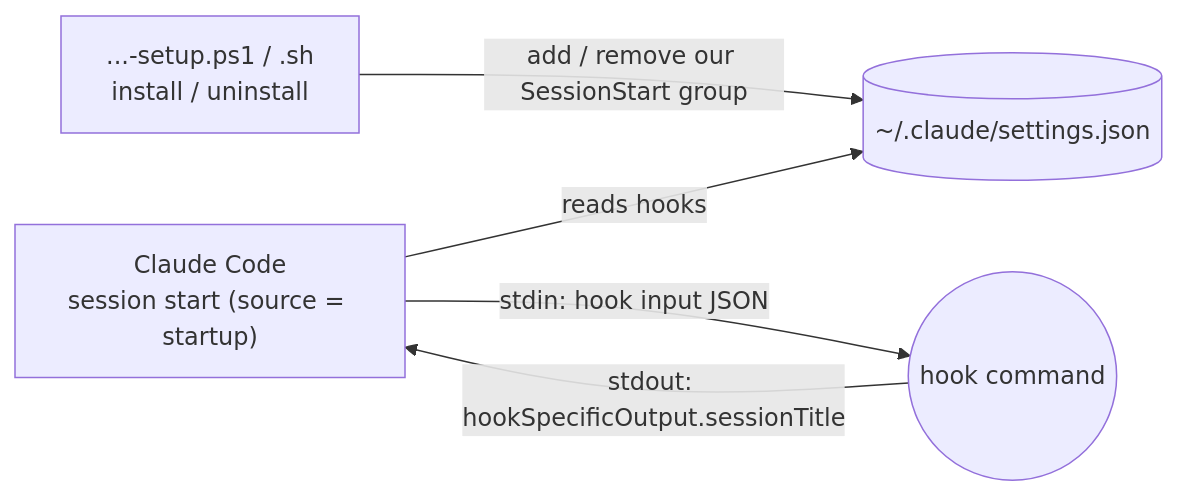
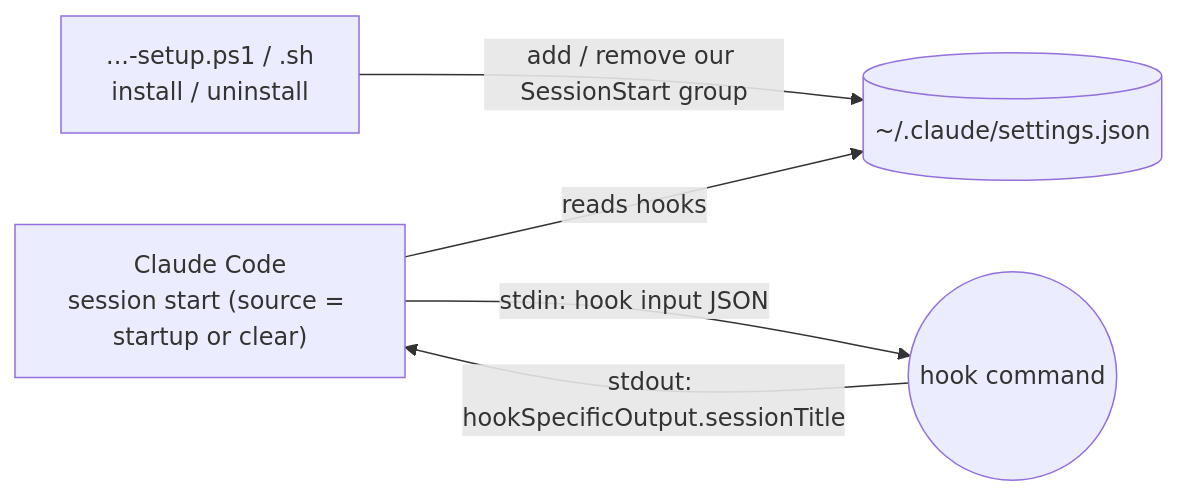
Before and after one commit to cheneeheng/claude-code-command-center: the first of 4 diagrams in tools/session-name-date-prefixer/product/ARCHITECTURE.md, drawn with Mermaid. The commit also changed other lines of this file and 7 other files, not shown here.

First line of the commit message:
feat(session-name-date-prefixer): also title the session after /clear (#89)

````diff
--- a/tools/session-name-date-prefixer/product/ARCHITECTURE.md
+++ b/tools/session-name-date-prefixer/product/ARCHITECTURE.md
@@ -12,7 +12,7 @@
 ```mermaid
 flowchart LR
     setup["...-setup.ps1 / .sh<br/>install / uninstall"] -->|"add / remove our SessionStart group"| settings[("~/.claude/settings.json")]
-    cc["Claude Code<br/>session start (source = startup)"] -->|reads hooks| settings
+    cc["Claude Code<br/>session start (source = startup or clear)"] -->|reads hooks| settings
     cc -->|"stdin: hook input JSON"| hook(("hook command"))
     hook -->|"stdout: hookSpecificOutput.sessionTitle"| cc
 ```
````
